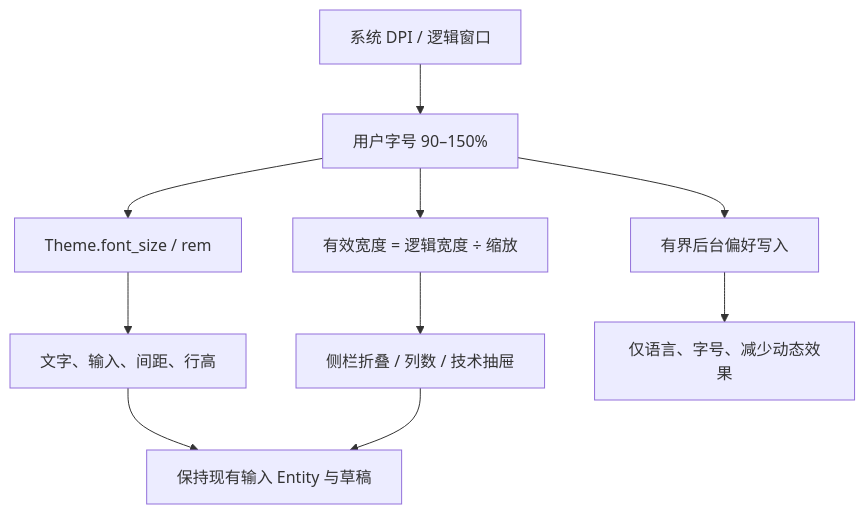
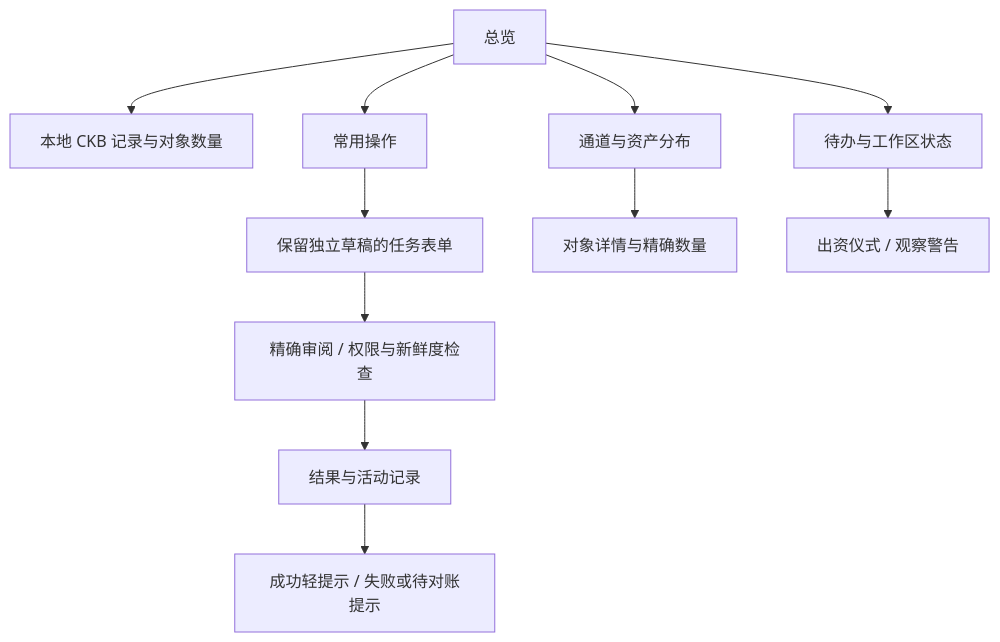
The first of 2 diagrams in docs/native-motion-and-typography.md (Morph-Channel-Network/Morph), drawn with Mermaid before and after one commit. The commit also changed other lines of this file and 684 other files, not shown here.

````diff
--- a/docs/native-motion-and-typography.md
+++ b/docs/native-motion-and-typography.md
@@ -46,12 +23,13 @@
 ```mermaid
 flowchart TD
-    A[系统 DPI / 逻辑窗口] --> B[用户字号 90–150%]
-    B --> C[Theme.font_size / rem]
-    B --> D[有效宽度 = 逻辑宽度 ÷ 缩放]
-    C --> E[文字、输入、间距、行高]
-    D --> F[侧栏折叠 / 列数 / 技术抽屉]
-    E --> G[保持现有输入 Entity 与草稿]
-    F --> G
-    B --> H[有界后台偏好写入]
-    H --> I[仅语言、字号、减少动态效果]
+    A[总览] --> B[本地 CKB 记录与对象数量]
+    A --> C[常用操作]
+    A --> D[通道与资产分布]
+    A --> E[待办与工作区状态]
+    C --> F[保留独立草稿的任务表单]
+    D --> G[对象详情与精确数量]
+    E --> H[出资仪式 / 观察警告]
+    F --> I[精确审阅 / 权限与新鲜度检查]
+    I --> J[结果与活动记录]
+    J --> K[成功轻提示 / 失败或待对账提示]
 ```
````
